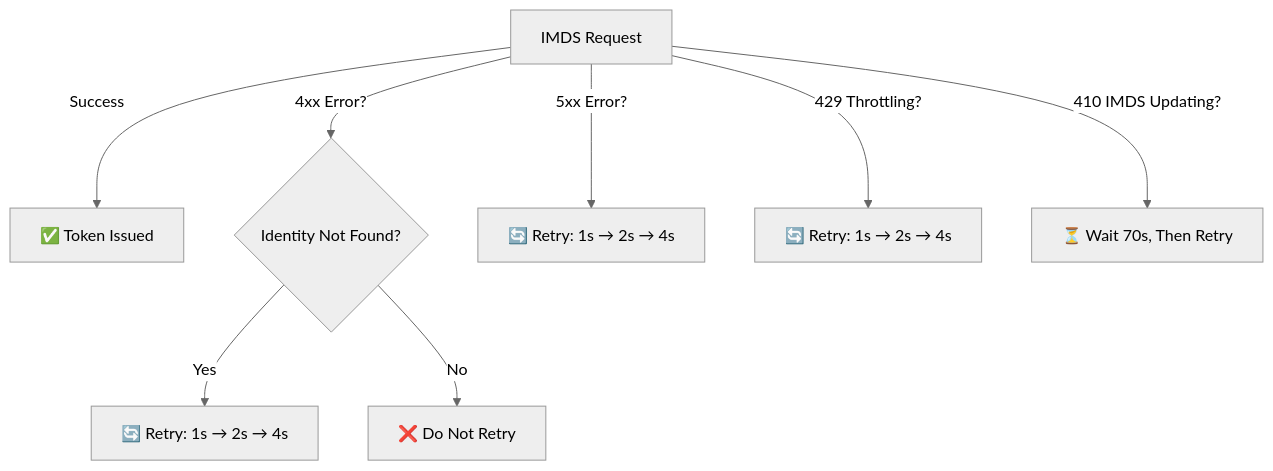
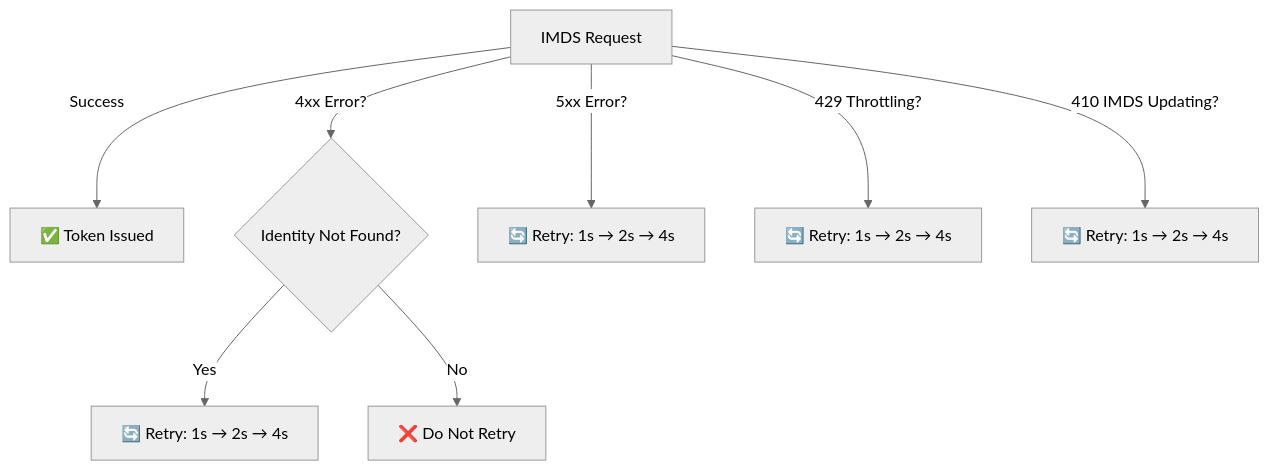
Before and after one commit to AzureAD/microsoft-authentication-library-for-dotnet: the diagram in docs/imds_retry_based_on_errors.md, drawn with Mermaid (neutral theme). The commit also changed other lines of this file, not shown here.

Commit message:
Update retry strategy for 410 IMDS errors

````diff
--- a/docs/imds_retry_based_on_errors.md
+++ b/docs/imds_retry_based_on_errors.md
@@ -49,11 +49,11 @@
 ```mermaid
 graph TD;
   
   A[IMDS Request] -->|Success| B[✅ Token Issued]
   A -->|4xx Error?| C{Identity Not Found?}
   C -- Yes --> D[🔄 Retry: 1s → 2s → 4s]
   C -- No --> E[❌ Do Not Retry]
   A -->|5xx Error?| F[🔄 Retry: 1s → 2s → 4s]
   A -->|429 Throttling?| G[🔄 Retry: 1s → 2s → 4s]
-  A -->|410 IMDS Updating?| H[⏳ Wait 70s, Then Retry]
+  A -->|410 IMDS Updating?| H[🔄 Retry: 1s → 2s → 4s]
 ```
````
